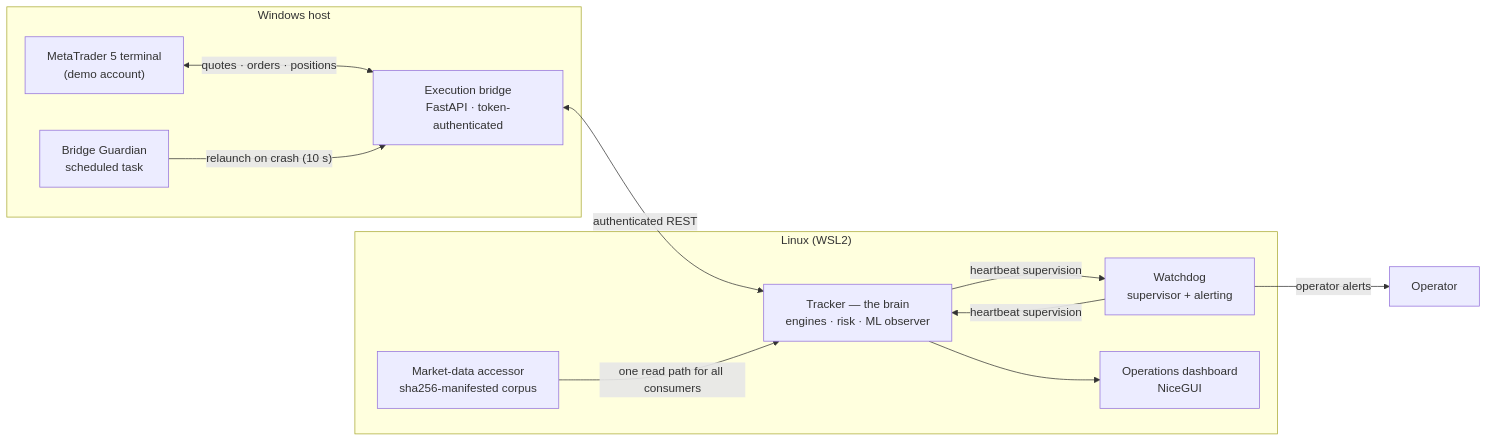
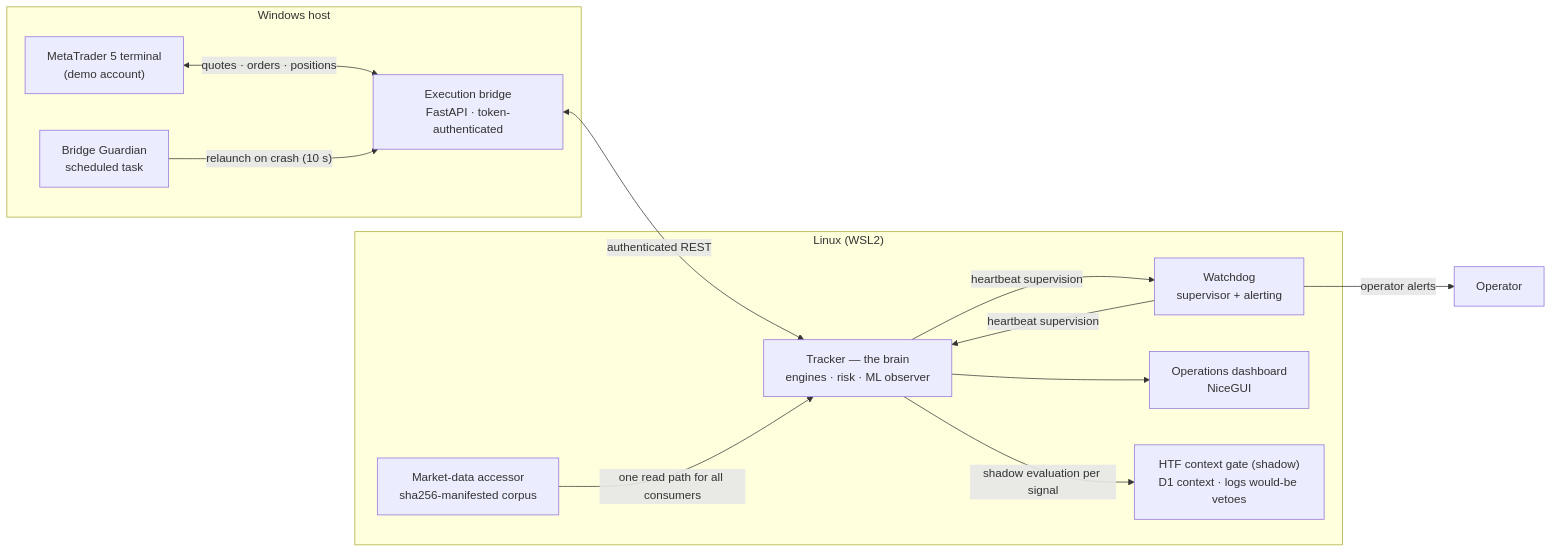
Before and after one commit to kopekijay11-hub/OrbitAlgo: the first of 2 diagrams in docs/architecture.md, drawn with Mermaid. The commit also changed other lines of this file and 1 other file, not shown here.

Commit message:
Update README and architecture to the November 2026 state: frontier guard, dashboard chart/feed, shadow HTF context gate, Programme #2 complete (zero certified), Programme #3 geometry + validation stack; remove returns figure from validation story

````diff
--- a/docs/architecture.md
+++ b/docs/architecture.md
@@ -9,22 +9,24 @@
 ```mermaid
 flowchart LR
     subgraph WIN["Windows host"]
         MT5["MetaTrader 5 terminal<br/>(demo account)"]
         BRIDGE["Execution bridge<br/>FastAPI · token-authenticated"]
         GUARD["Bridge Guardian<br/>scheduled task"]
     end
     subgraph WSL["Linux (WSL2)"]
         TRK["Tracker — the brain<br/>engines · risk · ML observer"]
         WDG["Watchdog<br/>supervisor + alerting"]
         DASH["Operations dashboard<br/>NiceGUI"]
         DATA["Market-data accessor<br/>sha256-manifested corpus"]
+        HTFG["HTF context gate (shadow)<br/>D1 context · logs would-be vetoes"]
     end
     MT5 <-->|"quotes · orders · positions"| BRIDGE
     BRIDGE <-->|"authenticated REST"| TRK
     DATA -->|"one read path for all consumers"| TRK
     WDG -->|"heartbeat supervision"| TRK
     TRK -->|"heartbeat supervision"| WDG
     GUARD -->|"relaunch on crash (10 s)"| BRIDGE
     TRK --> DASH
+    TRK -->|"shadow evaluation per signal"| HTFG
     WDG -->|"operator alerts"| OP["Operator"]
 ```
````
